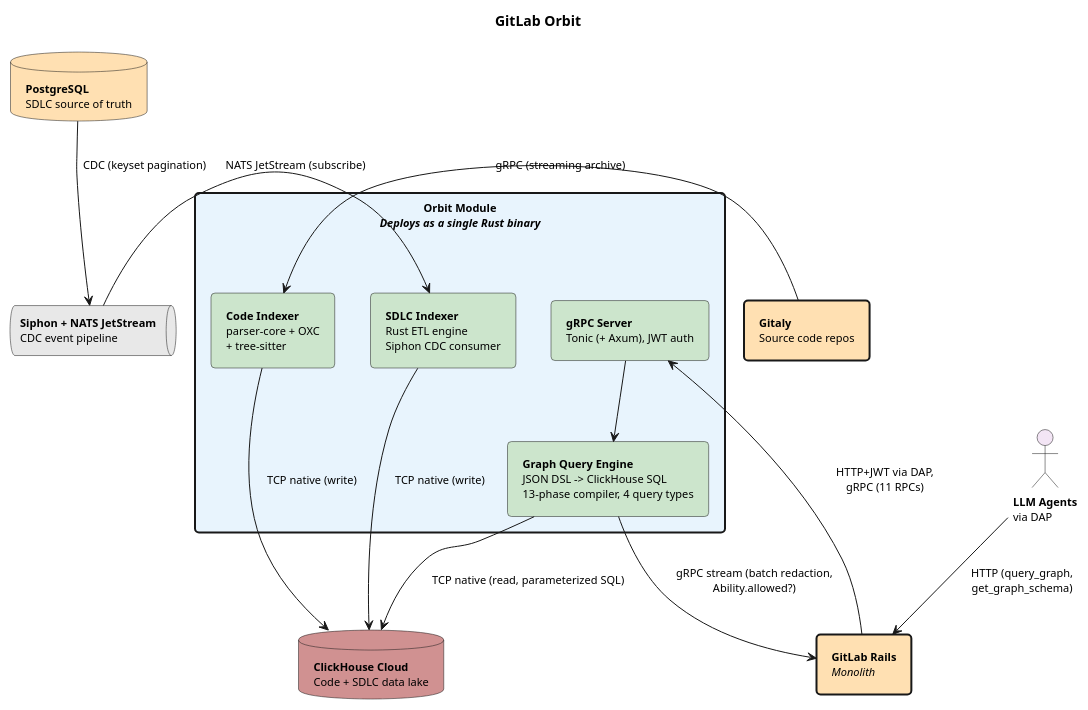
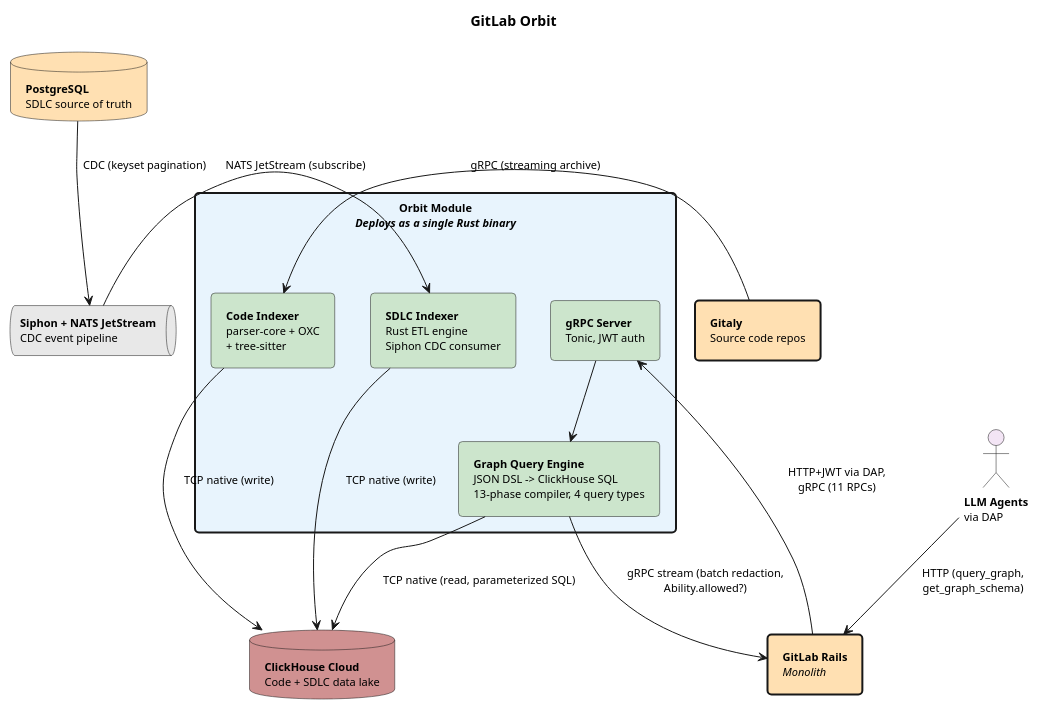
Before and after one commit to gitlabhq/orbit-knowledge-graph: the diagram in docs/design_review/puml/orbit_architecture_simplified.puml, drawn with PlantUML. The commit also changed 32 other files, not shown here.

```diff
--- a/docs/design_review/puml/orbit_architecture_simplified.puml
+++ b/docs/design_review/puml/orbit_architecture_simplified.puml
@@ -1,72 +1,72 @@
 @startuml orbit_simplified
 skinparam backgroundColor #FFFFFF
 skinparam defaultFontSize 11
 skinparam padding 5
 skinparam roundCorner 8
 skinparam shadowing false
 skinparam rectangleBorderThickness 2
 skinparam componentStyle rectangle
 
 title GitLab Orbit
 
 ' ===================================================================
 ' MODULE BOUNDARY - everything inside deploys together
 ' ===================================================================
 rectangle "**Orbit Module**\n//Deploys as a single Rust binary//" as module #E8F4FD {
 
   component "**SDLC Indexer**\nRust ETL engine\nSiphon CDC consumer" as sdlc_idx #CCE5CC
 
   component "**Code Indexer**\nparser-core + OXC\n+ tree-sitter" as code_idx #CCE5CC
 
   component "**Graph Query Engine**\nJSON DSL -> ClickHouse SQL\n13-phase compiler, 4 query types" as query_eng #CCE5CC
 
-  component "**gRPC Server**\nTonic (+ Axum), JWT auth" as http_srv #CCE5CC
+  component "**gRPC Server**\nTonic, JWT auth" as http_srv #CCE5CC
 
  
 }
 
 ' ===================================================================
 ' SYSTEMS OUTSIDE THE MODULE
 ' ===================================================================
 actor "**LLM Agents**\nvia DAP" as agents #F3E5F5
 
 database "**PostgreSQL**\nSDLC source of truth" as pg #FFE0B2
 
 queue "**Siphon + NATS JetStream**\nCDC event pipeline" as nats #E8E8E8
 
 rectangle "**GitLab Rails**\n//Monolith//" as rails #FFE0B2
 
 database "**ClickHouse Cloud**\nCode + SDLC data lake" as ch #d09191
 
 
 
 rectangle "**Gitaly**\nSource code repos" as gitaly #FFE0B2
 
 
 
 ' ===================================================================
 ' CONNECTIONS - labeled with protocol and direction
 ' ===================================================================
 
 ' Ingestion (into module)
 pg --> nats : CDC (keyset pagination)
 nats -right-> sdlc_idx : NATS JetStream (subscribe)
 gitaly -right-> code_idx : gRPC (streaming archive)
 
 ' Data layer (module <-> external)
 sdlc_idx --> ch : TCP native (write)
 code_idx --> ch : TCP native (write)
 query_eng --> ch : TCP native (read, parameterized SQL)
 
 ' Rails integration (bidirectional)
 rails --> http_srv : HTTP+JWT via DAP,\ngRPC (11 RPCs)
 query_eng --> rails : gRPC stream (batch redaction,\nAbility.allowed?)
 
 ' Internal routing
 http_srv --> query_eng
 
 ' Consumer -> monolith -> module
 agents --> rails : HTTP (query_graph,\nget_graph_schema)
 
 
 @enduml
```
